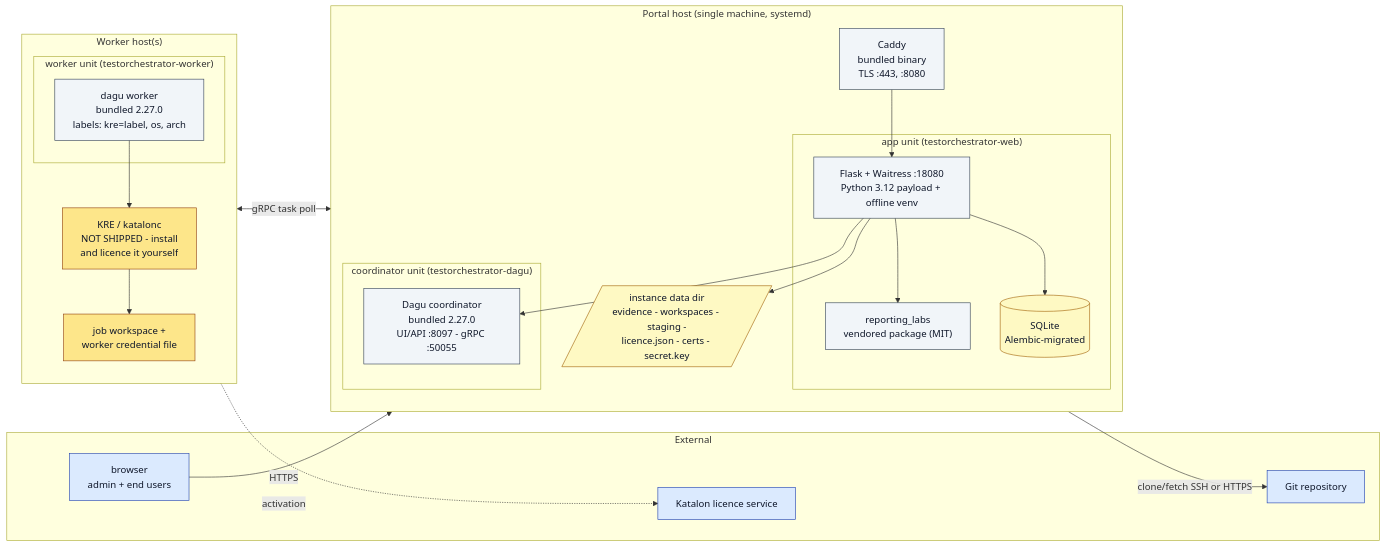
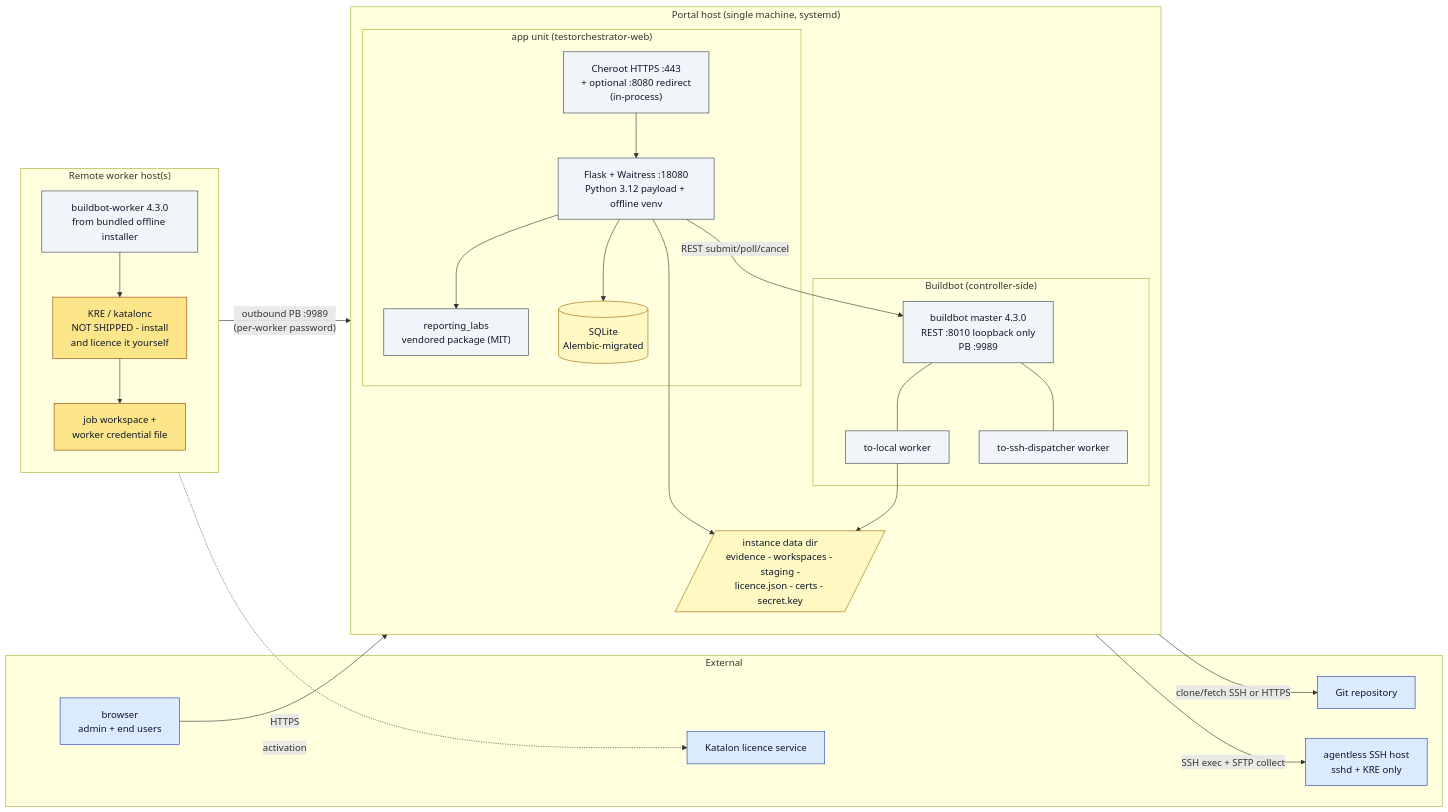
One commit to IT-Space-2026/TestOrchestrator changed the diagram in Manuals-Doc/Screenshot-Doc/admin/architecture-diagram.mmd. Above: the diagram before and after it, drawn with Mermaid. The commit also changed 2 other files, not shown here.

Commit message:
manuals: remove stale Caddy/Dagu references, resync diagram sources
- Admin Manual §14.1: drop TO_CADDY_BIN/TO_CADDY_CONFIG_DIR/
  TO_DAGU_PROVISION_PASSWORD rows; note they exist only in the
  2.0.3-line Windows controller payload
- §5.2: scope the certificate-trust text explicitly to the 2.0.3
  Windows package (its frontend is Caddy); 2.5.0 uses Cheroot (§4.9)
- §16.3: replace "the Caddyfile" with the Cheroot listener/cert
  settings
- Screenshot-Doc .mmd diagram sources: rewrite to match the
  Cheroot/Buildbot diagrams already embedded in §1 (rendered PNGs
  need regeneration with mmdc — not available here)

Generated with [Devin](https://devin.ai)

```diff
--- a/Manuals-Doc/Screenshot-Doc/admin/architecture-diagram.mmd
+++ b/Manuals-Doc/Screenshot-Doc/admin/architecture-diagram.mmd
@@ -1,50 +1,55 @@
 flowchart LR
     subgraph EXT["External"]
         BR["browser<br/>admin + end users"]
         GIT["Git repository"]
         KLS["Katalon licence service"]
+        SSHH["agentless SSH host<br/>sshd + KRE only"]
     end
 
     subgraph HOST["Portal host (single machine, systemd)"]
         direction TB
-        CDY["Caddy<br/>bundled binary<br/>TLS :443, :8080"]
         subgraph APPUNIT["app unit (testorchestrator-web)"]
+            CHR["Cheroot HTTPS :443<br/>+ optional :8080 redirect<br/>(in-process)"]
             APP["Flask + Waitress :18080<br/>Python 3.12 payload + offline venv"]
             RLAB["reporting_labs<br/>vendored package (MIT)"]
             DB[("SQLite<br/>Alembic-migrated")]
+            CHR --> APP
             APP --> RLAB
             APP --> DB
         end
-        subgraph DAGUNIT["coordinator unit (testorchestrator-dagu)"]
-            COORD["Dagu coordinator<br/>bundled 2.27.0<br/>UI/API :8097 - gRPC :50055"]
+        subgraph BB["Buildbot (controller-side)"]
+            BBM["buildbot master 4.3.0<br/>REST :8010 loopback only<br/>PB :9989"]
+            BBL["to-local worker"]
+            BBS["to-ssh-dispatcher worker"]
+            BBM --- BBL
+            BBM --- BBS
         end
         FS[/"instance data dir<br/>evidence - workspaces - staging -<br/>licence.json - certs - secret.key"/]
-        CDY --> APP
-        APP --> COORD
+        APP -->|REST submit/poll/cancel| BBM
         APP --> FS
+        BBL --> FS
     end
 
-    subgraph WH["Worker host(s)"]
+    subgraph WH["Remote worker host(s)"]
         direction TB
-        subgraph WUNIT["worker unit (testorchestrator-worker)"]
-            WKR["dagu worker<br/>bundled 2.27.0<br/>labels: kre=label, os, arch"]
-        end
+        WKR["buildbot-worker 4.3.0<br/>from bundled offline installer"]
         KRE["KRE / katalonc<br/>NOT SHIPPED - install<br/>and licence it yourself"]
         WWS["job workspace +<br/>worker credential file"]
         WKR --> KRE
         KRE --> WWS
     end
 
-    BR -->|HTTPS| CDY
-    WKR <-->|gRPC task poll| COORD
+    BR -->|HTTPS| CHR
+    WKR -->|"outbound PB :9989<br/>(per-worker password)"| BBM
+    BBS -->|"SSH exec + SFTP collect"| SSHH
     APP -->|clone/fetch SSH or HTTPS| GIT
     KRE -.->|activation| KLS
 
     classDef bundled fill:#f1f5f9,stroke:#334155,color:#0f172a
     classDef external fill:#dbeafe,stroke:#1e40af,color:#0f172a
     classDef own fill:#fde68a,stroke:#92400e,color:#0f172a
     classDef data fill:#fef9c3,stroke:#a16207,color:#0f172a
-    class CDY,APP,RLAB,COORD,WKR bundled
-    class BR,GIT,KLS external
+    class CHR,APP,RLAB,BBM,BBL,BBS,WKR bundled
+    class BR,GIT,KLS,SSHH external
     class KRE,WWS own
     class DB,FS data
```
